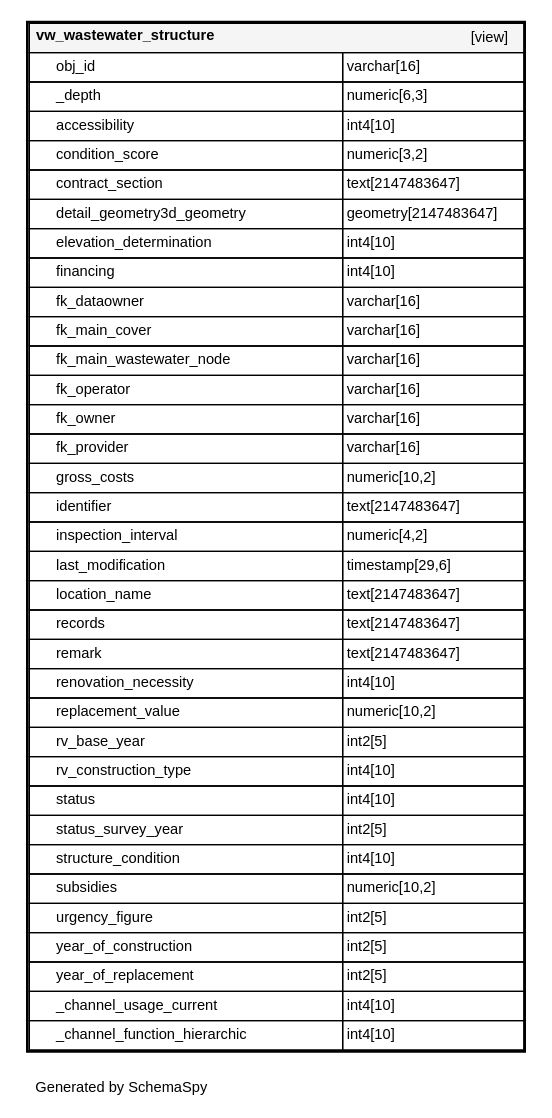
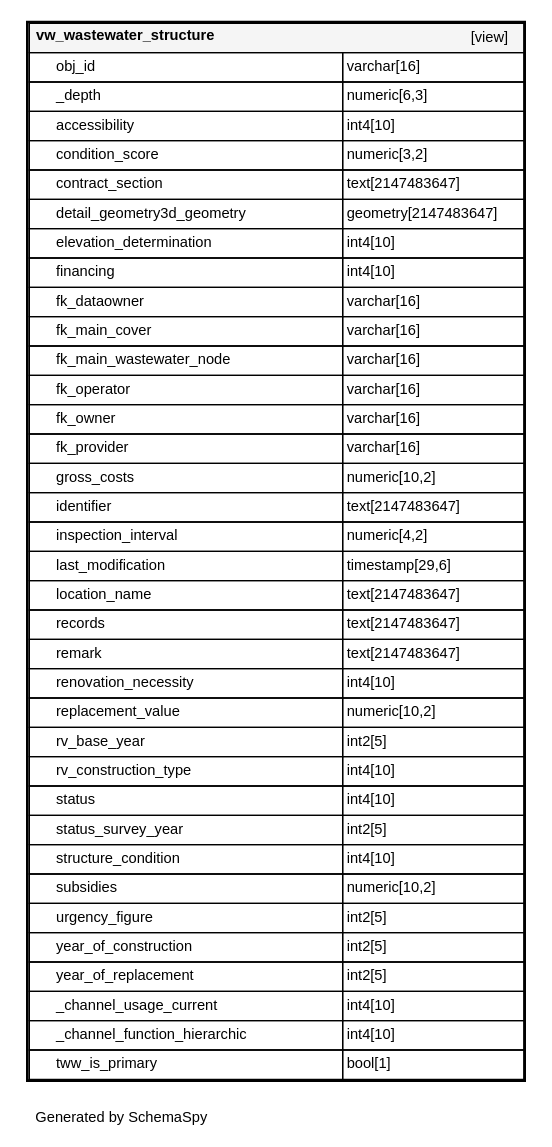
The diagram in _static/datamodel/tww_app/diagrams/tables/vw_wastewater_structure.1degree.dot (teksi/wastewater), drawn with Graphviz before and after one commit. The commit also changed 189 other files, not shown here.

```diff
--- a/_static/datamodel/tww_app/diagrams/tables/vw_wastewater_structure.1degree.dot
+++ b/_static/datamodel/tww_app/diagrams/tables/vw_wastewater_structure.1degree.dot
@@ -1,46 +1,47 @@
 digraph "oneDegreeRelationshipsDiagram" {
   graph [    rankdir="RL"    bgcolor="#ffffff"    label="\nGenerated by SchemaSpy"    labeljust="l"    nodesep="0.18"    ranksep="0.46"    fontname="Helvetica"    fontsize="11"    packmode="graph"  ];  node [    fontname="Helvetica"    fontsize="11"    shape="plaintext"  ];  edge [    arrowsize="0.8"  ];
   "vw_wastewater_structure" [
    label=<
     <TABLE BORDER="2" CELLBORDER="1" CELLSPACING="0" BGCOLOR="#ffffff">
       <TR><TD COLSPAN="4"  BGCOLOR="#f5f5f5"><TABLE BORDER="0" CELLSPACING="0"><TR><TD ALIGN="LEFT" FIXEDSIZE="TRUE" WIDTH="187" HEIGHT="16"><B>vw_wastewater_structure</B></TD><TD ALIGN="RIGHT">[view]</TD></TR></TABLE></TD></TR>
       <TR><TD PORT="obj_id" COLSPAN="2" ALIGN="LEFT"><TABLE BORDER="0" CELLSPACING="0" ALIGN="LEFT"><TR ALIGN="LEFT"><TD ALIGN="LEFT" FIXEDSIZE="TRUE" WIDTH="15" HEIGHT="16"></TD><TD ALIGN="LEFT" FIXEDSIZE="TRUE" WIDTH="214" HEIGHT="16">obj_id</TD></TR></TABLE></TD><TD PORT="obj_id.type" ALIGN="LEFT">varchar[16]</TD></TR>
       <TR><TD PORT="_depth" COLSPAN="2" ALIGN="LEFT"><TABLE BORDER="0" CELLSPACING="0" ALIGN="LEFT"><TR ALIGN="LEFT"><TD ALIGN="LEFT" FIXEDSIZE="TRUE" WIDTH="15" HEIGHT="16"></TD><TD ALIGN="LEFT" FIXEDSIZE="TRUE" WIDTH="214" HEIGHT="16">_depth</TD></TR></TABLE></TD><TD PORT="_depth.type" ALIGN="LEFT">numeric[6,3]</TD></TR>
       <TR><TD PORT="accessibility" COLSPAN="2" ALIGN="LEFT"><TABLE BORDER="0" CELLSPACING="0" ALIGN="LEFT"><TR ALIGN="LEFT"><TD ALIGN="LEFT" FIXEDSIZE="TRUE" WIDTH="15" HEIGHT="16"></TD><TD ALIGN="LEFT" FIXEDSIZE="TRUE" WIDTH="214" HEIGHT="16">accessibility</TD></TR></TABLE></TD><TD PORT="accessibility.type" ALIGN="LEFT">int4[10]</TD></TR>
       <TR><TD PORT="condition_score" COLSPAN="2" ALIGN="LEFT"><TABLE BORDER="0" CELLSPACING="0" ALIGN="LEFT"><TR ALIGN="LEFT"><TD ALIGN="LEFT" FIXEDSIZE="TRUE" WIDTH="15" HEIGHT="16"></TD><TD ALIGN="LEFT" FIXEDSIZE="TRUE" WIDTH="214" HEIGHT="16">condition_score</TD></TR></TABLE></TD><TD PORT="condition_score.type" ALIGN="LEFT">numeric[3,2]</TD></TR>
       <TR><TD PORT="contract_section" COLSPAN="2" ALIGN="LEFT"><TABLE BORDER="0" CELLSPACING="0" ALIGN="LEFT"><TR ALIGN="LEFT"><TD ALIGN="LEFT" FIXEDSIZE="TRUE" WIDTH="15" HEIGHT="16"></TD><TD ALIGN="LEFT" FIXEDSIZE="TRUE" WIDTH="214" HEIGHT="16">contract_section</TD></TR></TABLE></TD><TD PORT="contract_section.type" ALIGN="LEFT">text[2147483647]</TD></TR>
       <TR><TD PORT="detail_geometry3d_geometry" COLSPAN="2" ALIGN="LEFT"><TABLE BORDER="0" CELLSPACING="0" ALIGN="LEFT"><TR ALIGN="LEFT"><TD ALIGN="LEFT" FIXEDSIZE="TRUE" WIDTH="15" HEIGHT="16"></TD><TD ALIGN="LEFT" FIXEDSIZE="TRUE" WIDTH="214" HEIGHT="16">detail_geometry3d_geometry</TD></TR></TABLE></TD><TD PORT="detail_geometry3d_geometry.type" ALIGN="LEFT">geometry[2147483647]</TD></TR>
       <TR><TD PORT="elevation_determination" COLSPAN="2" ALIGN="LEFT"><TABLE BORDER="0" CELLSPACING="0" ALIGN="LEFT"><TR ALIGN="LEFT"><TD ALIGN="LEFT" FIXEDSIZE="TRUE" WIDTH="15" HEIGHT="16"></TD><TD ALIGN="LEFT" FIXEDSIZE="TRUE" WIDTH="214" HEIGHT="16">elevation_determination</TD></TR></TABLE></TD><TD PORT="elevation_determination.type" ALIGN="LEFT">int4[10]</TD></TR>
       <TR><TD PORT="financing" COLSPAN="2" ALIGN="LEFT"><TABLE BORDER="0" CELLSPACING="0" ALIGN="LEFT"><TR ALIGN="LEFT"><TD ALIGN="LEFT" FIXEDSIZE="TRUE" WIDTH="15" HEIGHT="16"></TD><TD ALIGN="LEFT" FIXEDSIZE="TRUE" WIDTH="214" HEIGHT="16">financing</TD></TR></TABLE></TD><TD PORT="financing.type" ALIGN="LEFT">int4[10]</TD></TR>
       <TR><TD PORT="fk_dataowner" COLSPAN="2" ALIGN="LEFT"><TABLE BORDER="0" CELLSPACING="0" ALIGN="LEFT"><TR ALIGN="LEFT"><TD ALIGN="LEFT" FIXEDSIZE="TRUE" WIDTH="15" HEIGHT="16"></TD><TD ALIGN="LEFT" FIXEDSIZE="TRUE" WIDTH="214" HEIGHT="16">fk_dataowner</TD></TR></TABLE></TD><TD PORT="fk_dataowner.type" ALIGN="LEFT">varchar[16]</TD></TR>
       <TR><TD PORT="fk_main_cover" COLSPAN="2" ALIGN="LEFT"><TABLE BORDER="0" CELLSPACING="0" ALIGN="LEFT"><TR ALIGN="LEFT"><TD ALIGN="LEFT" FIXEDSIZE="TRUE" WIDTH="15" HEIGHT="16"></TD><TD ALIGN="LEFT" FIXEDSIZE="TRUE" WIDTH="214" HEIGHT="16">fk_main_cover</TD></TR></TABLE></TD><TD PORT="fk_main_cover.type" ALIGN="LEFT">varchar[16]</TD></TR>
       <TR><TD PORT="fk_main_wastewater_node" COLSPAN="2" ALIGN="LEFT"><TABLE BORDER="0" CELLSPACING="0" ALIGN="LEFT"><TR ALIGN="LEFT"><TD ALIGN="LEFT" FIXEDSIZE="TRUE" WIDTH="15" HEIGHT="16"></TD><TD ALIGN="LEFT" FIXEDSIZE="TRUE" WIDTH="214" HEIGHT="16">fk_main_wastewater_node</TD></TR></TABLE></TD><TD PORT="fk_main_wastewater_node.type" ALIGN="LEFT">varchar[16]</TD></TR>
       <TR><TD PORT="fk_operator" COLSPAN="2" ALIGN="LEFT"><TABLE BORDER="0" CELLSPACING="0" ALIGN="LEFT"><TR ALIGN="LEFT"><TD ALIGN="LEFT" FIXEDSIZE="TRUE" WIDTH="15" HEIGHT="16"></TD><TD ALIGN="LEFT" FIXEDSIZE="TRUE" WIDTH="214" HEIGHT="16">fk_operator</TD></TR></TABLE></TD><TD PORT="fk_operator.type" ALIGN="LEFT">varchar[16]</TD></TR>
       <TR><TD PORT="fk_owner" COLSPAN="2" ALIGN="LEFT"><TABLE BORDER="0" CELLSPACING="0" ALIGN="LEFT"><TR ALIGN="LEFT"><TD ALIGN="LEFT" FIXEDSIZE="TRUE" WIDTH="15" HEIGHT="16"></TD><TD ALIGN="LEFT" FIXEDSIZE="TRUE" WIDTH="214" HEIGHT="16">fk_owner</TD></TR></TABLE></TD><TD PORT="fk_owner.type" ALIGN="LEFT">varchar[16]</TD></TR>
       <TR><TD PORT="fk_provider" COLSPAN="2" ALIGN="LEFT"><TABLE BORDER="0" CELLSPACING="0" ALIGN="LEFT"><TR ALIGN="LEFT"><TD ALIGN="LEFT" FIXEDSIZE="TRUE" WIDTH="15" HEIGHT="16"></TD><TD ALIGN="LEFT" FIXEDSIZE="TRUE" WIDTH="214" HEIGHT="16">fk_provider</TD></TR></TABLE></TD><TD PORT="fk_provider.type" ALIGN="LEFT">varchar[16]</TD></TR>
       <TR><TD PORT="gross_costs" COLSPAN="2" ALIGN="LEFT"><TABLE BORDER="0" CELLSPACING="0" ALIGN="LEFT"><TR ALIGN="LEFT"><TD ALIGN="LEFT" FIXEDSIZE="TRUE" WIDTH="15" HEIGHT="16"></TD><TD ALIGN="LEFT" FIXEDSIZE="TRUE" WIDTH="214" HEIGHT="16">gross_costs</TD></TR></TABLE></TD><TD PORT="gross_costs.type" ALIGN="LEFT">numeric[10,2]</TD></TR>
       <TR><TD PORT="identifier" COLSPAN="2" ALIGN="LEFT"><TABLE BORDER="0" CELLSPACING="0" ALIGN="LEFT"><TR ALIGN="LEFT"><TD ALIGN="LEFT" FIXEDSIZE="TRUE" WIDTH="15" HEIGHT="16"></TD><TD ALIGN="LEFT" FIXEDSIZE="TRUE" WIDTH="214" HEIGHT="16">identifier</TD></TR></TABLE></TD><TD PORT="identifier.type" ALIGN="LEFT">text[2147483647]</TD></TR>
       <TR><TD PORT="inspection_interval" COLSPAN="2" ALIGN="LEFT"><TABLE BORDER="0" CELLSPACING="0" ALIGN="LEFT"><TR ALIGN="LEFT"><TD ALIGN="LEFT" FIXEDSIZE="TRUE" WIDTH="15" HEIGHT="16"></TD><TD ALIGN="LEFT" FIXEDSIZE="TRUE" WIDTH="214" HEIGHT="16">inspection_interval</TD></TR></TABLE></TD><TD PORT="inspection_interval.type" ALIGN="LEFT">numeric[4,2]</TD></TR>
       <TR><TD PORT="last_modification" COLSPAN="2" ALIGN="LEFT"><TABLE BORDER="0" CELLSPACING="0" ALIGN="LEFT"><TR ALIGN="LEFT"><TD ALIGN="LEFT" FIXEDSIZE="TRUE" WIDTH="15" HEIGHT="16"></TD><TD ALIGN="LEFT" FIXEDSIZE="TRUE" WIDTH="214" HEIGHT="16">last_modification</TD></TR></TABLE></TD><TD PORT="last_modification.type" ALIGN="LEFT">timestamp[29,6]</TD></TR>
       <TR><TD PORT="location_name" COLSPAN="2" ALIGN="LEFT"><TABLE BORDER="0" CELLSPACING="0" ALIGN="LEFT"><TR ALIGN="LEFT"><TD ALIGN="LEFT" FIXEDSIZE="TRUE" WIDTH="15" HEIGHT="16"></TD><TD ALIGN="LEFT" FIXEDSIZE="TRUE" WIDTH="214" HEIGHT="16">location_name</TD></TR></TABLE></TD><TD PORT="location_name.type" ALIGN="LEFT">text[2147483647]</TD></TR>
       <TR><TD PORT="records" COLSPAN="2" ALIGN="LEFT"><TABLE BORDER="0" CELLSPACING="0" ALIGN="LEFT"><TR ALIGN="LEFT"><TD ALIGN="LEFT" FIXEDSIZE="TRUE" WIDTH="15" HEIGHT="16"></TD><TD ALIGN="LEFT" FIXEDSIZE="TRUE" WIDTH="214" HEIGHT="16">records</TD></TR></TABLE></TD><TD PORT="records.type" ALIGN="LEFT">text[2147483647]</TD></TR>
       <TR><TD PORT="remark" COLSPAN="2" ALIGN="LEFT"><TABLE BORDER="0" CELLSPACING="0" ALIGN="LEFT"><TR ALIGN="LEFT"><TD ALIGN="LEFT" FIXEDSIZE="TRUE" WIDTH="15" HEIGHT="16"></TD><TD ALIGN="LEFT" FIXEDSIZE="TRUE" WIDTH="214" HEIGHT="16">remark</TD></TR></TABLE></TD><TD PORT="remark.type" ALIGN="LEFT">text[2147483647]</TD></TR>
       <TR><TD PORT="renovation_necessity" COLSPAN="2" ALIGN="LEFT"><TABLE BORDER="0" CELLSPACING="0" ALIGN="LEFT"><TR ALIGN="LEFT"><TD ALIGN="LEFT" FIXEDSIZE="TRUE" WIDTH="15" HEIGHT="16"></TD><TD ALIGN="LEFT" FIXEDSIZE="TRUE" WIDTH="214" HEIGHT="16">renovation_necessity</TD></TR></TABLE></TD><TD PORT="renovation_necessity.type" ALIGN="LEFT">int4[10]</TD></TR>
       <TR><TD PORT="replacement_value" COLSPAN="2" ALIGN="LEFT"><TABLE BORDER="0" CELLSPACING="0" ALIGN="LEFT"><TR ALIGN="LEFT"><TD ALIGN="LEFT" FIXEDSIZE="TRUE" WIDTH="15" HEIGHT="16"></TD><TD ALIGN="LEFT" FIXEDSIZE="TRUE" WIDTH="214" HEIGHT="16">replacement_value</TD></TR></TABLE></TD><TD PORT="replacement_value.type" ALIGN="LEFT">numeric[10,2]</TD></TR>
       <TR><TD PORT="rv_base_year" COLSPAN="2" ALIGN="LEFT"><TABLE BORDER="0" CELLSPACING="0" ALIGN="LEFT"><TR ALIGN="LEFT"><TD ALIGN="LEFT" FIXEDSIZE="TRUE" WIDTH="15" HEIGHT="16"></TD><TD ALIGN="LEFT" FIXEDSIZE="TRUE" WIDTH="214" HEIGHT="16">rv_base_year</TD></TR></TABLE></TD><TD PORT="rv_base_year.type" ALIGN="LEFT">int2[5]</TD></TR>
       <TR><TD PORT="rv_construction_type" COLSPAN="2" ALIGN="LEFT"><TABLE BORDER="0" CELLSPACING="0" ALIGN="LEFT"><TR ALIGN="LEFT"><TD ALIGN="LEFT" FIXEDSIZE="TRUE" WIDTH="15" HEIGHT="16"></TD><TD ALIGN="LEFT" FIXEDSIZE="TRUE" WIDTH="214" HEIGHT="16">rv_construction_type</TD></TR></TABLE></TD><TD PORT="rv_construction_type.type" ALIGN="LEFT">int4[10]</TD></TR>
       <TR><TD PORT="status" COLSPAN="2" ALIGN="LEFT"><TABLE BORDER="0" CELLSPACING="0" ALIGN="LEFT"><TR ALIGN="LEFT"><TD ALIGN="LEFT" FIXEDSIZE="TRUE" WIDTH="15" HEIGHT="16"></TD><TD ALIGN="LEFT" FIXEDSIZE="TRUE" WIDTH="214" HEIGHT="16">status</TD></TR></TABLE></TD><TD PORT="status.type" ALIGN="LEFT">int4[10]</TD></TR>
       <TR><TD PORT="status_survey_year" COLSPAN="2" ALIGN="LEFT"><TABLE BORDER="0" CELLSPACING="0" ALIGN="LEFT"><TR ALIGN="LEFT"><TD ALIGN="LEFT" FIXEDSIZE="TRUE" WIDTH="15" HEIGHT="16"></TD><TD ALIGN="LEFT" FIXEDSIZE="TRUE" WIDTH="214" HEIGHT="16">status_survey_year</TD></TR></TABLE></TD><TD PORT="status_survey_year.type" ALIGN="LEFT">int2[5]</TD></TR>
       <TR><TD PORT="structure_condition" COLSPAN="2" ALIGN="LEFT"><TABLE BORDER="0" CELLSPACING="0" ALIGN="LEFT"><TR ALIGN="LEFT"><TD ALIGN="LEFT" FIXEDSIZE="TRUE" WIDTH="15" HEIGHT="16"></TD><TD ALIGN="LEFT" FIXEDSIZE="TRUE" WIDTH="214" HEIGHT="16">structure_condition</TD></TR></TABLE></TD><TD PORT="structure_condition.type" ALIGN="LEFT">int4[10]</TD></TR>
       <TR><TD PORT="subsidies" COLSPAN="2" ALIGN="LEFT"><TABLE BORDER="0" CELLSPACING="0" ALIGN="LEFT"><TR ALIGN="LEFT"><TD ALIGN="LEFT" FIXEDSIZE="TRUE" WIDTH="15" HEIGHT="16"></TD><TD ALIGN="LEFT" FIXEDSIZE="TRUE" WIDTH="214" HEIGHT="16">subsidies</TD></TR></TABLE></TD><TD PORT="subsidies.type" ALIGN="LEFT">numeric[10,2]</TD></TR>
       <TR><TD PORT="urgency_figure" COLSPAN="2" ALIGN="LEFT"><TABLE BORDER="0" CELLSPACING="0" ALIGN="LEFT"><TR ALIGN="LEFT"><TD ALIGN="LEFT" FIXEDSIZE="TRUE" WIDTH="15" HEIGHT="16"></TD><TD ALIGN="LEFT" FIXEDSIZE="TRUE" WIDTH="214" HEIGHT="16">urgency_figure</TD></TR></TABLE></TD><TD PORT="urgency_figure.type" ALIGN="LEFT">int2[5]</TD></TR>
       <TR><TD PORT="year_of_construction" COLSPAN="2" ALIGN="LEFT"><TABLE BORDER="0" CELLSPACING="0" ALIGN="LEFT"><TR ALIGN="LEFT"><TD ALIGN="LEFT" FIXEDSIZE="TRUE" WIDTH="15" HEIGHT="16"></TD><TD ALIGN="LEFT" FIXEDSIZE="TRUE" WIDTH="214" HEIGHT="16">year_of_construction</TD></TR></TABLE></TD><TD PORT="year_of_construction.type" ALIGN="LEFT">int2[5]</TD></TR>
       <TR><TD PORT="year_of_replacement" COLSPAN="2" ALIGN="LEFT"><TABLE BORDER="0" CELLSPACING="0" ALIGN="LEFT"><TR ALIGN="LEFT"><TD ALIGN="LEFT" FIXEDSIZE="TRUE" WIDTH="15" HEIGHT="16"></TD><TD ALIGN="LEFT" FIXEDSIZE="TRUE" WIDTH="214" HEIGHT="16">year_of_replacement</TD></TR></TABLE></TD><TD PORT="year_of_replacement.type" ALIGN="LEFT">int2[5]</TD></TR>
       <TR><TD PORT="_channel_usage_current" COLSPAN="2" ALIGN="LEFT"><TABLE BORDER="0" CELLSPACING="0" ALIGN="LEFT"><TR ALIGN="LEFT"><TD ALIGN="LEFT" FIXEDSIZE="TRUE" WIDTH="15" HEIGHT="16"></TD><TD ALIGN="LEFT" FIXEDSIZE="TRUE" WIDTH="214" HEIGHT="16">_channel_usage_current</TD></TR></TABLE></TD><TD PORT="_channel_usage_current.type" ALIGN="LEFT">int4[10]</TD></TR>
       <TR><TD PORT="_channel_function_hierarchic" COLSPAN="2" ALIGN="LEFT"><TABLE BORDER="0" CELLSPACING="0" ALIGN="LEFT"><TR ALIGN="LEFT"><TD ALIGN="LEFT" FIXEDSIZE="TRUE" WIDTH="15" HEIGHT="16"></TD><TD ALIGN="LEFT" FIXEDSIZE="TRUE" WIDTH="214" HEIGHT="16">_channel_function_hierarchic</TD></TR></TABLE></TD><TD PORT="_channel_function_hierarchic.type" ALIGN="LEFT">int4[10]</TD></TR>
+      <TR><TD PORT="tww_is_primary" COLSPAN="2" ALIGN="LEFT"><TABLE BORDER="0" CELLSPACING="0" ALIGN="LEFT"><TR ALIGN="LEFT"><TD ALIGN="LEFT" FIXEDSIZE="TRUE" WIDTH="15" HEIGHT="16"></TD><TD ALIGN="LEFT" FIXEDSIZE="TRUE" WIDTH="214" HEIGHT="16">tww_is_primary</TD></TR></TABLE></TD><TD PORT="tww_is_primary.type" ALIGN="LEFT">bool[1]</TD></TR>
     </TABLE>>
     URL="../../tables/vw_wastewater_structure.html"
     target="_top"
     tooltip="vw_wastewater_structure"
   ];
 }
```
